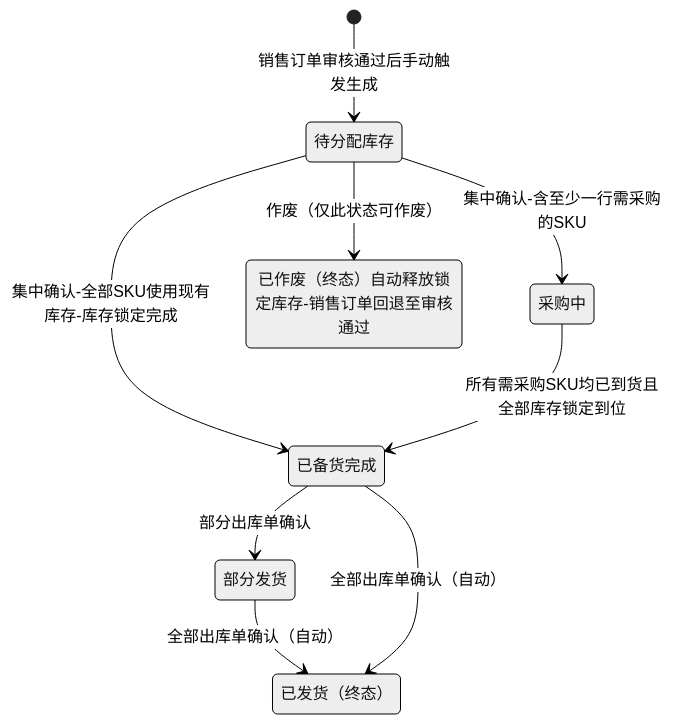
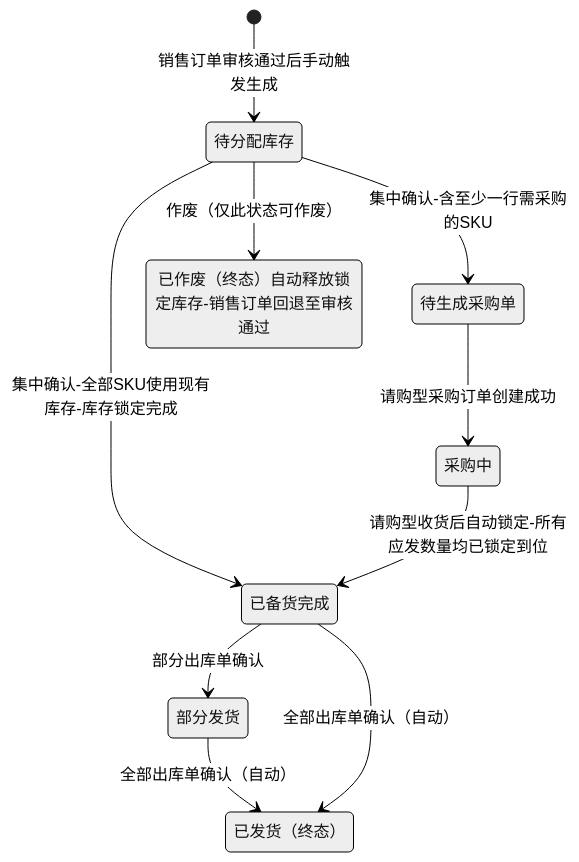
One commit to friday-ckp/infitek_erp changed the second of 4 diagrams in _bmad-output/planning-artifacts/flow-state-machine.md. Above: the diagram before and after it, drawn with Mermaid (neutral theme). The commit also changed other lines of this file and 6 other files, not shown here.

````diff
--- a/_bmad-output/planning-artifacts/flow-state-machine.md
+++ b/_bmad-output/planning-artifacts/flow-state-machine.md
@@ -47,17 +50,18 @@
 ```mermaid
 stateDiagram-v2
     [*] --> 待分配库存: 销售订单审核通过后手动触发生成
 
     待分配库存 --> 已备货完成: 集中确认-全部SKU使用现有库存-库存锁定完成
-    待分配库存 --> 采购中: 集中确认-含至少一行需采购的SKU
+    待分配库存 --> 待生成采购单: 集中确认-含至少一行需采购的SKU
     待分配库存 --> 已作废: 作废（仅此状态可作废）
 
-    采购中 --> 已备货完成: 所有需采购SKU均已到货且全部库存锁定到位
+    待生成采购单 --> 采购中: 请购型采购订单创建成功
+    采购中 --> 已备货完成: 请购型收货后自动锁定-所有应发数量均已锁定到位
 
     已备货完成 --> 部分发货: 部分出库单确认
     部分发货 --> 已发货: 全部出库单确认（自动）
     已备货完成 --> 已发货: 全部出库单确认（自动）
 
     已作废: 已作废（终态）自动释放锁定库存-销售订单回退至审核通过
     已发货: 已发货（终态）
 ```
````
